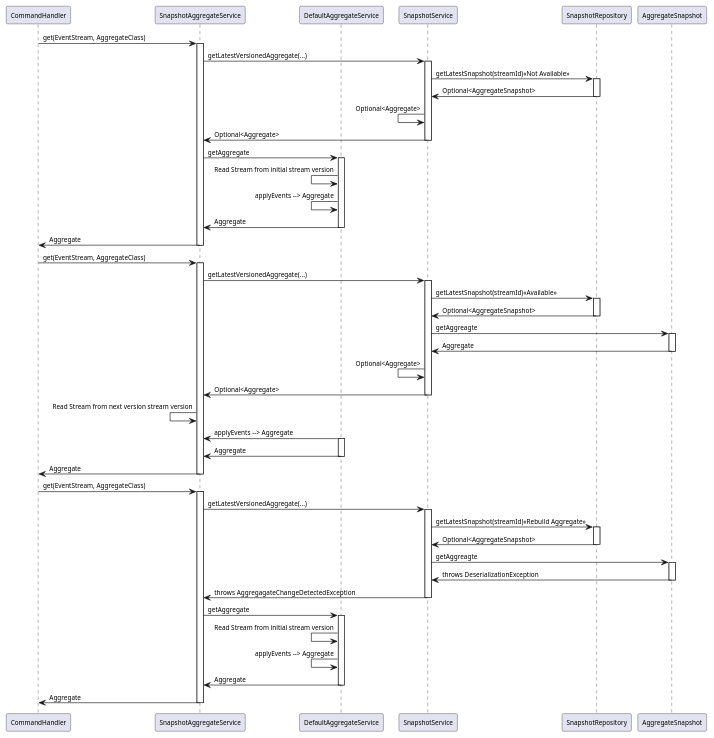
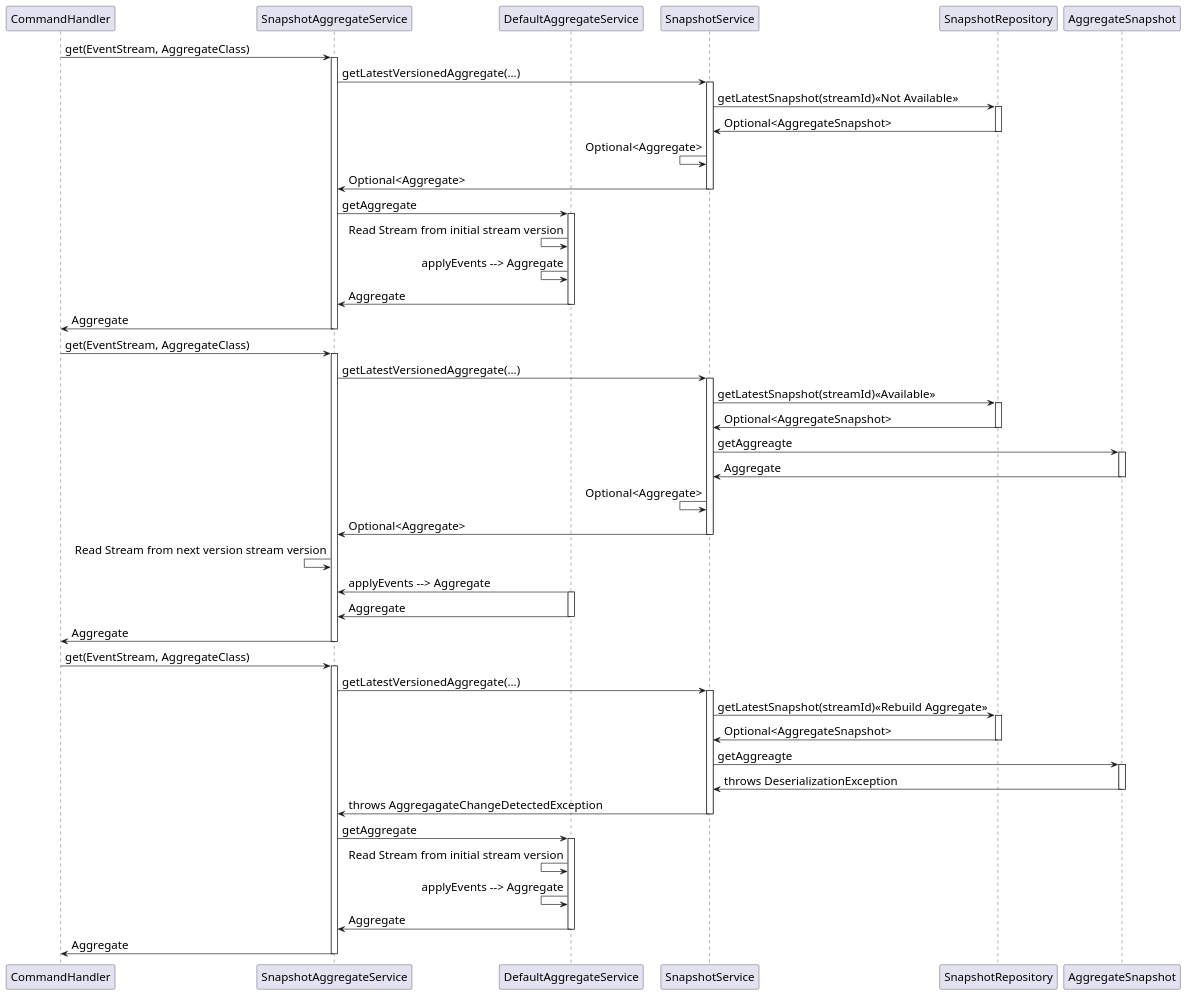
Before and after one commit to CJSCommonPlatform/microservice_framework_version_6: the diagram in aggregate/diagrams/SnapshotSequence.puml, drawn with PlantUML. The commit also changed 3 other files, not shown here.

Commit message:
update sequence diagrammes

```diff
--- a/aggregate/diagrams/SnapshotSequence.puml
+++ b/aggregate/diagrams/SnapshotSequence.puml
@@ -1,81 +1,81 @@
 @startuml
 skinparam backgroundColor white
 skinparam defaultFontName Arial
-skinparam defaultFontsize 10
+skinparam defaultFontsize 18
 
 participant "CommandHandler" as CommandHandler
 participant "SnapshotAggregateService" as SnapshotAggregateService
 participant "DefaultAggregateService" as DefaultAggregateService
 participant "SnapshotService" as SnapshotService
 participant "SnapshotRepository" as SnapshotRepository
 participant "AggregateSnapshot" as AggregateSnapshot
 
 CommandHandler -> SnapshotAggregateService: get(EventStream, AggregateClass)
 activate SnapshotAggregateService
 SnapshotAggregateService -> SnapshotService: getLatestVersionedAggregate(...)
 activate SnapshotService
 SnapshotService -> SnapshotRepository: getLatestSnapshot(streamId)<<Not Available>>
 activate SnapshotRepository
 SnapshotService <-  SnapshotRepository: Optional<AggregateSnapshot>
 deactivate SnapshotRepository
 SnapshotService <-  SnapshotService:  Optional<Aggregate>
 SnapshotAggregateService <-SnapshotService :Optional<Aggregate>
 deactivate SnapshotService
 SnapshotAggregateService -> DefaultAggregateService: getAggregate
 activate DefaultAggregateService
 DefaultAggregateService <-  DefaultAggregateService: Read Stream from initial stream version
 DefaultAggregateService <-  DefaultAggregateService: applyEvents --> Aggregate
 SnapshotAggregateService <-  DefaultAggregateService: Aggregate
 deactivate DefaultAggregateService
 CommandHandler <-  SnapshotAggregateService: Aggregate
 deactivate SnapshotAggregateService
 
 CommandHandler -> SnapshotAggregateService: get(EventStream, AggregateClass)
 activate SnapshotAggregateService
 SnapshotAggregateService -> SnapshotService: getLatestVersionedAggregate(...)
 activate SnapshotService
 SnapshotService -> SnapshotRepository: getLatestSnapshot(streamId)<<Available>>
 activate SnapshotRepository
 SnapshotService <-  SnapshotRepository: Optional<AggregateSnapshot>
 deactivate SnapshotRepository
 SnapshotService ->  AggregateSnapshot: getAggreagte
 activate AggregateSnapshot
 SnapshotService <-  AggregateSnapshot: Aggregate
 deactivate AggregateSnapshot
 SnapshotService <-  SnapshotService:  Optional<Aggregate>
 SnapshotAggregateService <-SnapshotService :Optional<Aggregate>
 deactivate SnapshotService
 SnapshotAggregateService <-  SnapshotAggregateService: Read Stream from next version stream version
 deactivate DefaultAggregateService
 SnapshotAggregateService <-  DefaultAggregateService: applyEvents --> Aggregate
 activate DefaultAggregateService
 SnapshotAggregateService <-  DefaultAggregateService: Aggregate
 deactivate DefaultAggregateService
 CommandHandler <-  SnapshotAggregateService: Aggregate
 deactivate SnapshotAggregateService
 
 CommandHandler -> SnapshotAggregateService: get(EventStream, AggregateClass)
 activate SnapshotAggregateService
 SnapshotAggregateService -> SnapshotService: getLatestVersionedAggregate(...)
 activate SnapshotService
 SnapshotService -> SnapshotRepository: getLatestSnapshot(streamId)<<Rebuild Aggregate>>
 activate SnapshotRepository
 SnapshotService <-  SnapshotRepository: Optional<AggregateSnapshot>
 deactivate SnapshotRepository
 SnapshotService ->  AggregateSnapshot: getAggreagte
 activate AggregateSnapshot
 SnapshotService <-  AggregateSnapshot: throws DeserializationException
 deactivate AggregateSnapshot
 deactivate AggregateSnapshot
 SnapshotAggregateService <-  SnapshotService:  throws AggregagateChangeDetectedException
 
 deactivate SnapshotService
 SnapshotAggregateService -> DefaultAggregateService: getAggregate
 activate DefaultAggregateService
 DefaultAggregateService <-  DefaultAggregateService: Read Stream from initial stream version
 DefaultAggregateService <-  DefaultAggregateService: applyEvents --> Aggregate
 SnapshotAggregateService <-  DefaultAggregateService: Aggregate
 deactivate DefaultAggregateService
 CommandHandler <-  SnapshotAggregateService: Aggregate
 deactivate SnapshotAggregateService
 @enduml
```
